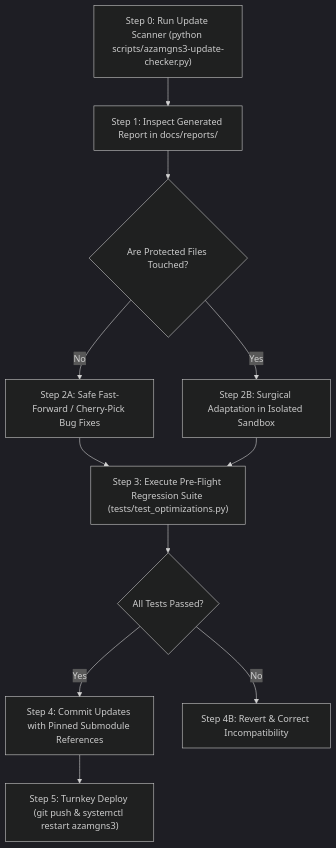
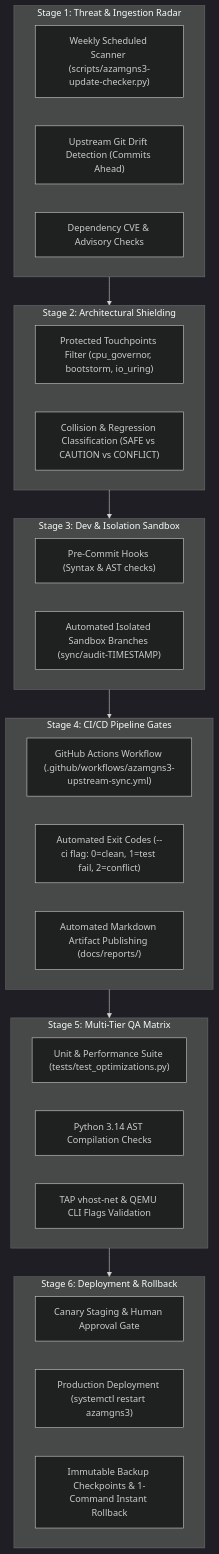
One commit to azambasha1987/MyRepo changed the diagram in AzamGNS3/docs/UPDATE_CHECK_PLAN.md. Above: the diagram before and after it, drawn with Mermaid (dark theme). The commit also changed other lines of this file and 4 other files, not shown here.

````diff
--- a/AzamGNS3/docs/UPDATE_CHECK_PLAN.md
+++ b/AzamGNS3/docs/UPDATE_CHECK_PLAN.md
@@ -59,17 +10,38 @@
 ```mermaid
 flowchart TD
-    S0["Step 0: Run Update Scanner (python scripts/azamgns3-update-checker.py)"] --> S1["Step 1: Inspect Generated Report in docs/reports/"]
-    S1 --> S2{"Are Protected Files Touched?"}
-    
-    S2 -->|No| S3A["Step 2A: Safe Fast-Forward / Cherry-Pick Bug Fixes"]
-    S2 -->|Yes| S3B["Step 2B: Surgical Adaptation in Isolated Sandbox"]
-    
-    S3A --> S4["Step 3: Execute Pre-Flight Regression Suite (tests/test_optimizations.py)"]
-    S3B --> S4
-    
-    S4 --> S5{"All Tests Passed?"}
-    S5 -->|Yes| S6["Step 4: Commit Updates with Pinned Submodule References"]
-    S5 -->|No| S7["Step 4B: Revert & Correct Incompatibility"]
-    
-    S6 --> S8["Step 5: Turnkey Deploy (git push & systemctl restart azamgns3)"]
+    subgraph SDLC1 [Stage 1: Threat & Ingestion Radar]
+        R1["Weekly Scheduled Scanner (scripts/azamgns3-update-checker.py)"]
+        R2["Upstream Git Drift Detection (Commits Ahead)"]
+        R3["Dependency CVE & Advisory Checks"]
+    end
+
+    subgraph SDLC2 [Stage 2: Architectural Shielding]
+        A1["Protected Touchpoints Filter (cpu_governor, bootstorm, io_uring)"]
+        A2["Collision & Regression Classification (SAFE vs CAUTION vs CONFLICT)"]
+    end
+
+    subgraph SDLC3 [Stage 3: Dev & Isolation Sandbox]
+        D1["Pre-Commit Hooks (Syntax & AST checks)"]
+        D2["Automated Isolated Sandbox Branches (sync/audit-TIMESTAMP)"]
+    end
+
+    subgraph SDLC4 [Stage 4: CI/CD Pipeline Gates]
+        C1["GitHub Actions Workflow (.github/workflows/azamgns3-upstream-sync.yml)"]
+        C2["Automated Exit Codes (--ci flag: 0=clean, 1=test fail, 2=conflict)"]
+        C3["Automated Markdown Artifact Publishing (docs/reports/)"]
+    end
+
+    subgraph SDLC5 [Stage 5: Multi-Tier QA Matrix]
+        Q1["Unit & Performance Suite (tests/test_optimizations.py)"]
+        Q2["Python 3.14 AST Compilation Checks"]
+        Q3["TAP vhost-net & QEMU CLI Flags Validation"]
+    end
+
+    subgraph SDLC6 [Stage 6: Deployment & Rollback]
+        P1["Canary Staging & Human Approval Gate"]
+        P2["Production Deployment (systemctl restart azamgns3)"]
+        P3["Immutable Backup Checkpoints & 1-Command Instant Rollback"]
+    end
+
+    SDLC1 --> SDLC2 --> SDLC3 --> SDLC4 --> SDLC5 --> SDLC6
 ```
````
